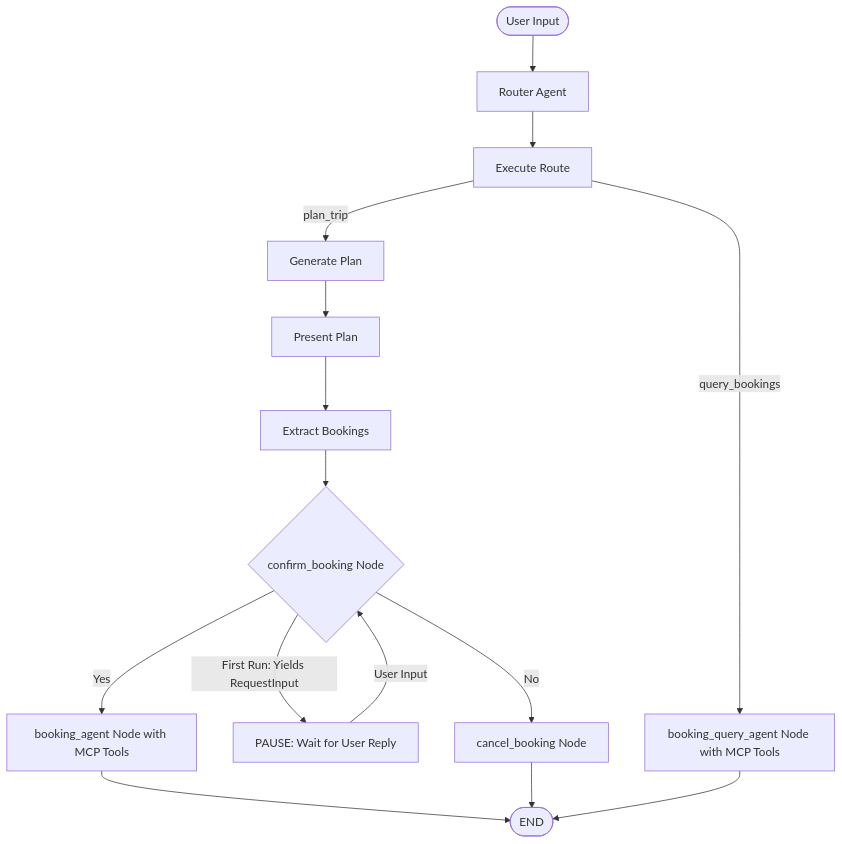
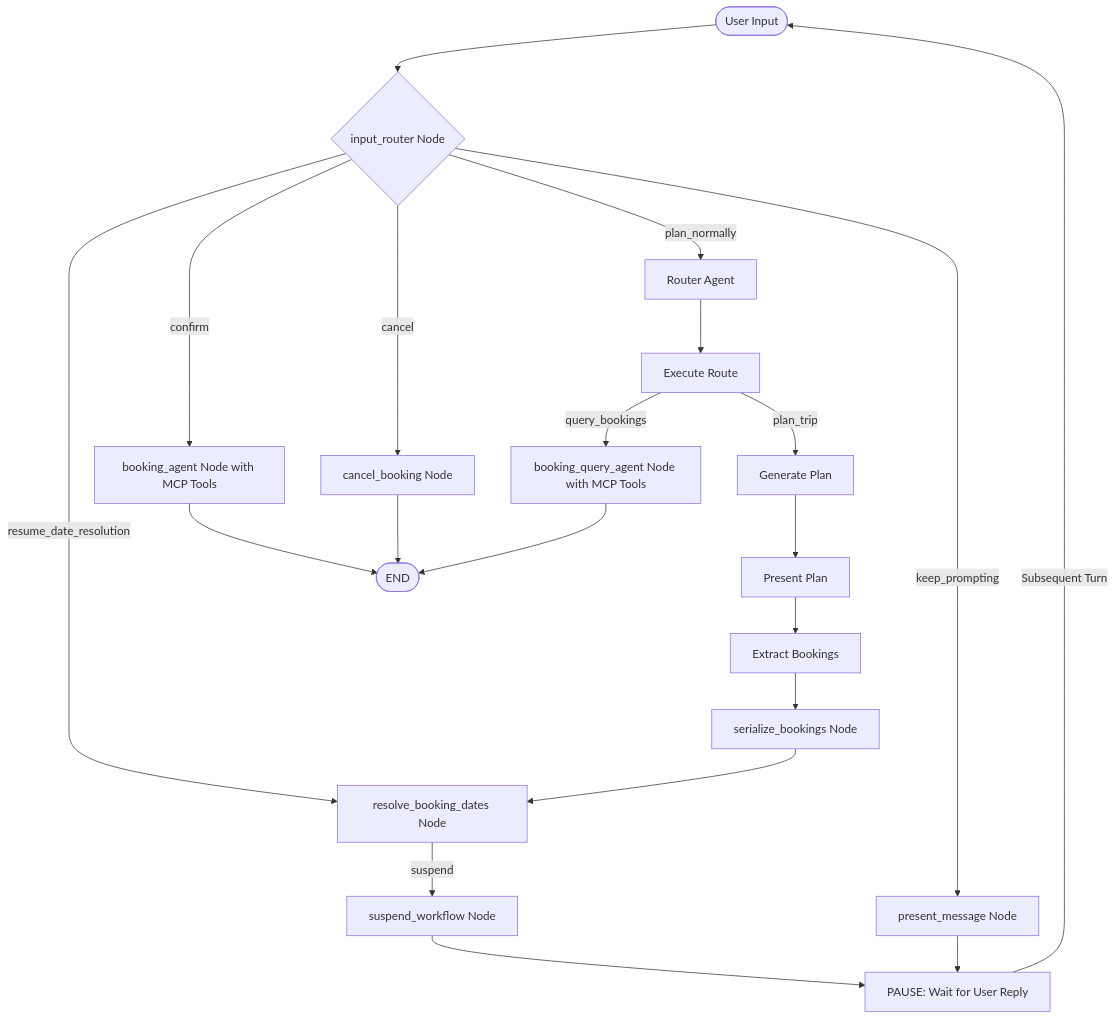
The diagram in README.md (rtannenbaum/agentic-trip-planner), drawn with Mermaid before and after one commit. The commit also changed other lines of this file and 10 other files, not shown here.

````diff
--- a/README.md
+++ b/README.md
@@ -86,17 +86,27 @@
 ```mermaid
 graph TD
-    START([User Input]) --> router_agent[Router Agent]
+    START([User Input]) --> input_router{input_router Node}
+    input_router -- "plan_normally" --> router_agent[Router Agent]
+    input_router -- "confirm" --> booking_agent[booking_agent Node with MCP Tools]
+    input_router -- "cancel" --> cancel_booking[cancel_booking Node]
+    input_router -- "keep_prompting" --> present_message[present_message Node]
+    input_router -- "resume_date_resolution" --> resolve_booking_dates[resolve_booking_dates Node]
+
     router_agent --> execute_route[Execute Route]
     execute_route -- "plan_trip" --> trip_generator[Generate Plan]
     execute_route -- "query_bookings" --> booking_query_agent[booking_query_agent Node with MCP Tools]
+    
     trip_generator --> present_plan[Present Plan]
     present_plan --> booking_preparer[Extract Bookings]
-    booking_preparer --> confirm_booking{confirm_booking Node}
-    confirm_booking -- First Run: Yields RequestInput --> PAUSE[PAUSE: Wait for User Reply]
-    PAUSE -- User Input --> confirm_booking
-    confirm_booking -- Yes --> booking_agent[booking_agent Node with MCP Tools]
-    confirm_booking -- No --> cancel_booking[cancel_booking Node]
+    booking_preparer --> serialize_bookings[serialize_bookings Node]
+    serialize_bookings --> resolve_booking_dates
+    
+    resolve_booking_dates -- "suspend" --> suspend_workflow[suspend_workflow Node]
+    suspend_workflow --> PAUSE[PAUSE: Wait for User Reply]
+    PAUSE -- Subsequent Turn --> START
+    present_message --> PAUSE
+    
     booking_agent --> END([END])
     cancel_booking --> END
     booking_query_agent --> END
 ```
````
